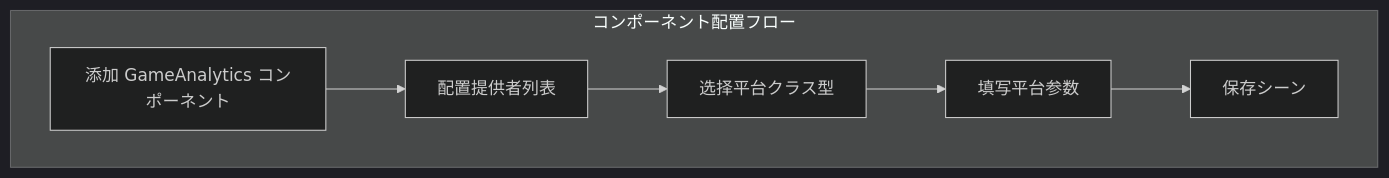
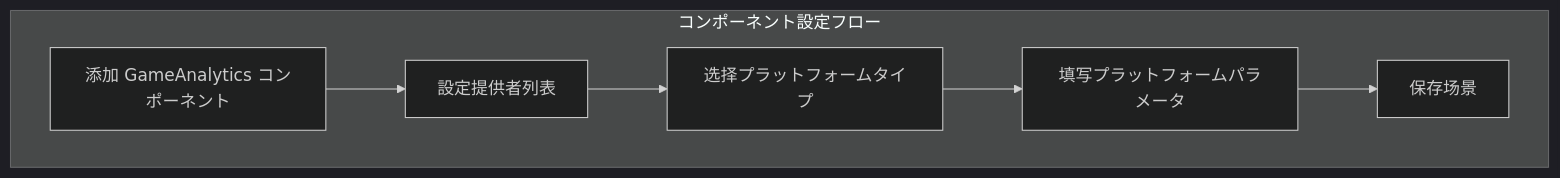
The second of 2 diagrams in docs/ja/client/unity/component/gameanalytics/02.installation.md (AlianBlank/GameFrameX.Docs), drawn with Mermaid (dark theme) before and after one commit. The commit also changed other lines of this file and 320 other files, not shown here.

````diff
--- a/docs/ja/client/unity/component/gameanalytics/02.installation.md
+++ b/docs/ja/client/unity/component/gameanalytics/02.installation.md
@@ -121,9 +121,9 @@
 ```mermaid
 flowchart TD
-    subgraph Config["コンポーネント配置フロー"]
-        A[添加 GameAnalytics コンポーネント] --> B[配置提供者列表]
-        B --> C[选择平台クラス型]
-        C --> D[填写平台参数]
-        D --> E[保存シーン]
+    subgraph Config["コンポーネント設定フロー"]
+        A[添加 GameAnalytics コンポーネント] --> B[設定提供者列表]
+        B --> C[选择プラットフォームタイプ]
+        C --> D[填写プラットフォームパラメータ]
+        D --> E[保存场景]
     end
 ```
````
